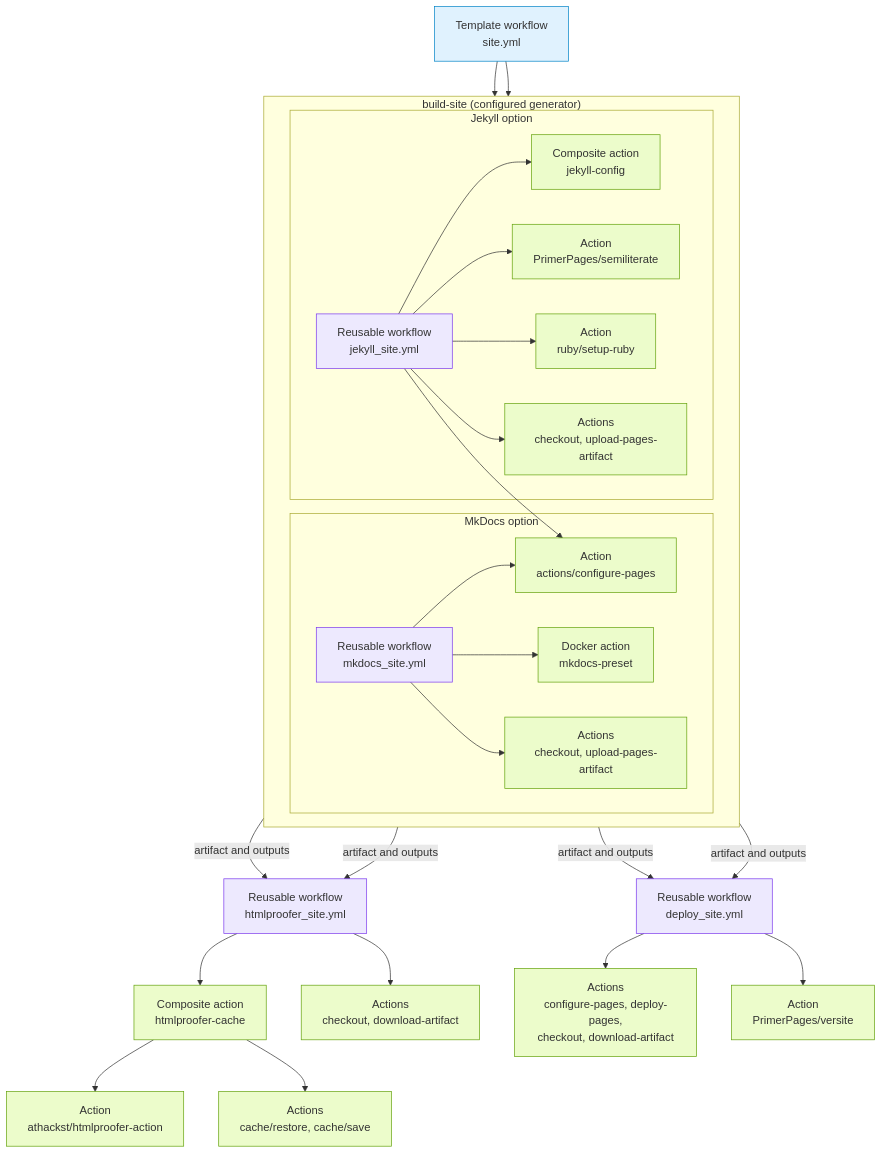
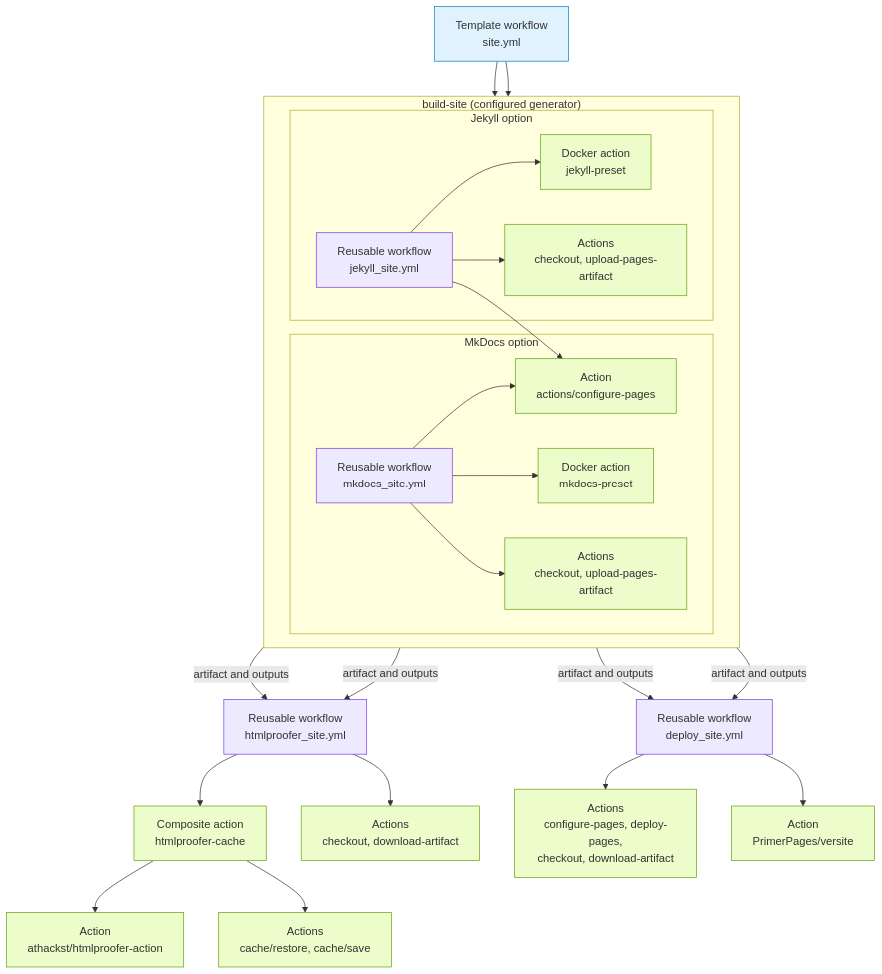
One commit to athackst/ci changed the diagram in copier/site.md. Above: the diagram before and after it, drawn with Mermaid. The commit also changed 2 other files, not shown here.

Commit message:
Build Jekyll sites with the preset action (#339)

````diff
--- a/copier/site.md
+++ b/copier/site.md
@@ -39,45 +39,43 @@
 ```mermaid
 flowchart TD
     template["Template workflow<br/>site.yml"]
 
     subgraph build_site["build-site (configured generator)"]
         direction LR
 
         subgraph mkdocs_option["MkDocs option"]
             mkdocs["Reusable workflow<br/>mkdocs_site.yml"]
             mkdocs --> configure_pages["Action<br/>actions/configure-pages"]
             mkdocs --> mkdocs_preset["Docker action<br/>mkdocs-preset"]
             mkdocs --> pages_build["Actions<br/>checkout, upload-pages-artifact"]
         end
 
         subgraph jekyll_option["Jekyll option"]
             jekyll["Reusable workflow<br/>jekyll_site.yml"]
             jekyll --> configure_pages
-            jekyll --> jekyll_config["Composite action<br/>jekyll-config"]
-            jekyll --> semiliterate["Action<br/>PrimerPages/semiliterate"]
-            jekyll --> ruby["Action<br/>ruby/setup-ruby"]
+            jekyll --> jekyll_preset["Docker action<br/>jekyll-preset"]
             jekyll --> pages_jekyll["Actions<br/>checkout, upload-pages-artifact"]
         end
     end
 
     template --> mkdocs
     template --> jekyll
     mkdocs -->|artifact and outputs| test["Reusable workflow<br/>htmlproofer_site.yml"]
     jekyll -->|artifact and outputs| test
     mkdocs -->|artifact and outputs| deploy["Reusable workflow<br/>deploy_site.yml"]
     jekyll -->|artifact and outputs| deploy
 
     test --> cache["Composite action<br/>htmlproofer-cache"]
     test --> test_artifact["Actions<br/>checkout, download-artifact"]
     cache --> htmlproofer["Action<br/>athackst/htmlproofer-action"]
     cache --> cache_actions["Actions<br/>cache/restore, cache/save"]
     deploy --> pages_deploy["Actions<br/>configure-pages, deploy-pages,<br/>checkout, download-artifact"]
     deploy --> versite["Action<br/>PrimerPages/versite"]
 
     classDef template fill:#e0f2fe,stroke:#0284c7
     classDef workflow fill:#ede9fe,stroke:#7c3aed
     classDef action fill:#ecfccb,stroke:#65a30d
     class template template
     class mkdocs,jekyll,test,deploy workflow
-    class configure_pages,mkdocs_preset,mkdocs_plugin,pages_build,jekyll_config,semiliterate,ruby,pages_jekyll,cache,test_artifact,htmlproofer,cache_actions,pages_deploy,versite action
+    class configure_pages,mkdocs_preset,mkdocs_plugin,pages_build,jekyll_preset,pages_jekyll,cache,test_artifact,htmlproofer,cache_actions,pages_deploy,versite action
 ```
````
